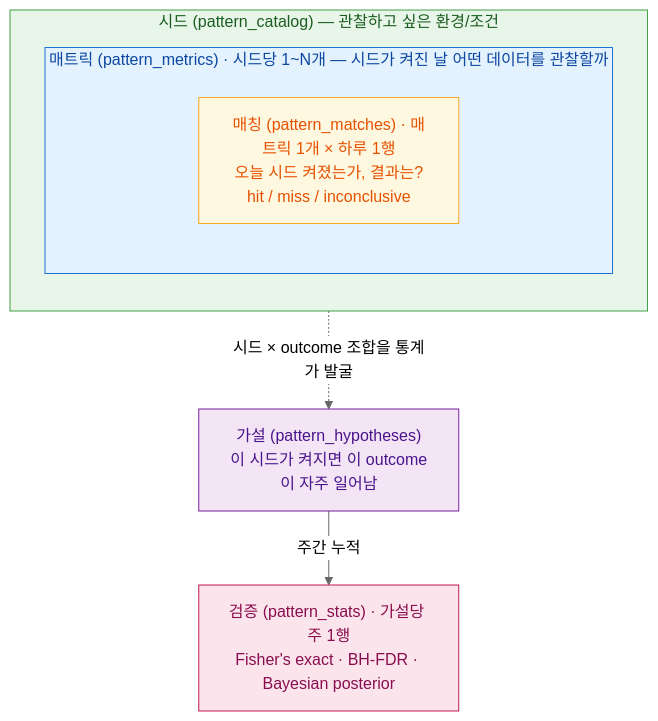
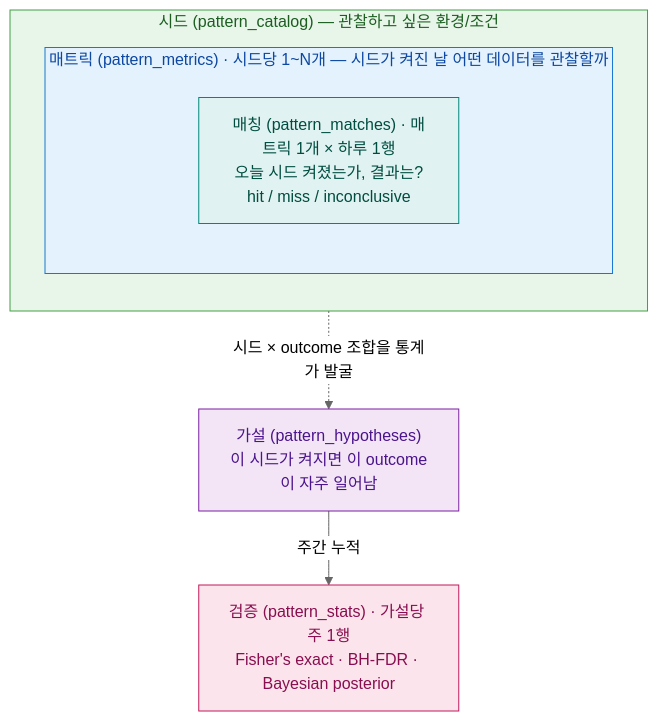
One commit to hyewon3938/slack-ai-agents changed the second of 9 diagrams in docs/explainers/insight-v2.md. Above: the diagram before and after it, drawn with Mermaid (neutral theme). The commit also changed other lines of this file, not shown here.

````diff
--- a/docs/explainers/insight-v2.md
+++ b/docs/explainers/insight-v2.md
@@ -126,27 +126,27 @@
 ```mermaid
 flowchart TB
   subgraph SEED["시드 (pattern_catalog) — 관찰하고 싶은 환경/조건"]
     direction TB
     subgraph METRIC["매트릭 (pattern_metrics) · 시드당 1~N개 — 시드가 켜진 날 어떤 데이터를 관찰할까"]
       direction TB
       MATCH["매칭 (pattern_matches) · 매트릭 1개 × 하루 1행<br/>오늘 시드 켜졌는가, 결과는?<br/>hit / miss / inconclusive"]
     end
   end
 
   HYP["가설 (pattern_hypotheses)<br/>이 시드가 켜지면 이 outcome이 자주 일어남"]
   VER["검증 (pattern_stats) · 가설당 주 1행<br/>Fisher's exact · BH-FDR · Bayesian posterior"]
 
   SEED -. 시드 × outcome 조합을 통계가 발굴 .-> HYP
   HYP -- 주간 누적 --> VER
 
   classDef seedBox fill:#e8f5e9,stroke:#43a047,color:#1b5e20
   classDef metricBox fill:#e3f2fd,stroke:#1976d2,color:#0d47a1
-  classDef matchNode fill:#fff8e1,stroke:#f9a825,color:#e65100
+  classDef matchNode fill:#e0f2f1,stroke:#00897b,color:#004d40
   classDef hypothesisNode fill:#f3e5f5,stroke:#7b1fa2,color:#4a148c
   classDef verifyNode fill:#fce4ec,stroke:#c2185b,color:#880e4f
   class SEED seedBox
   class METRIC metricBox
   class MATCH matchNode
   class HYP hypothesisNode
   class VER verifyNode
 ```
````
